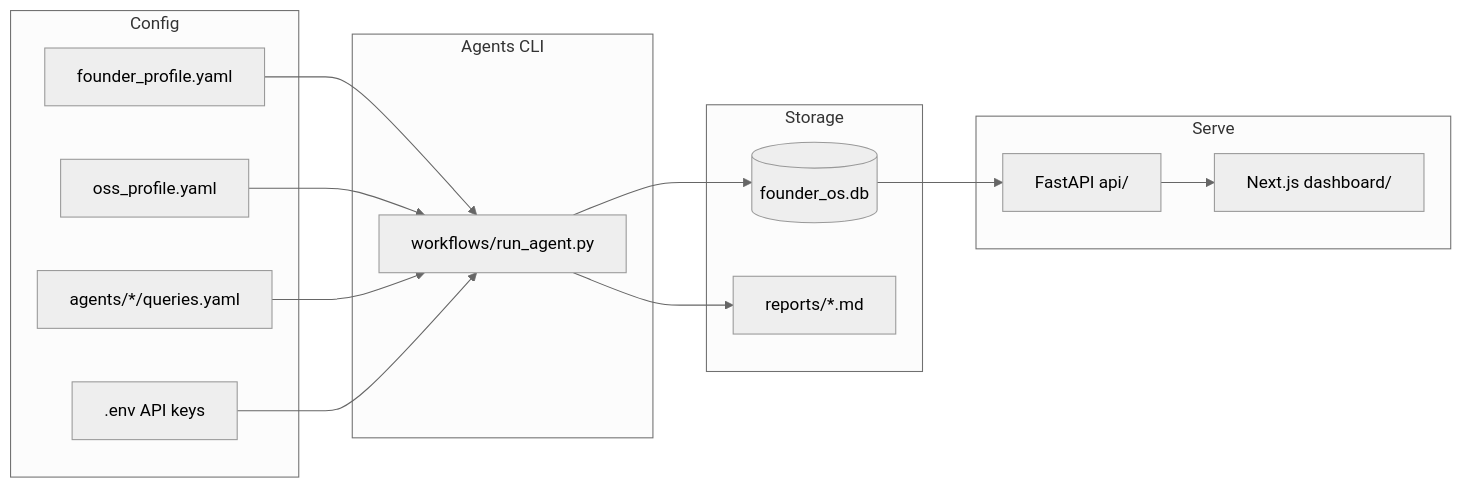
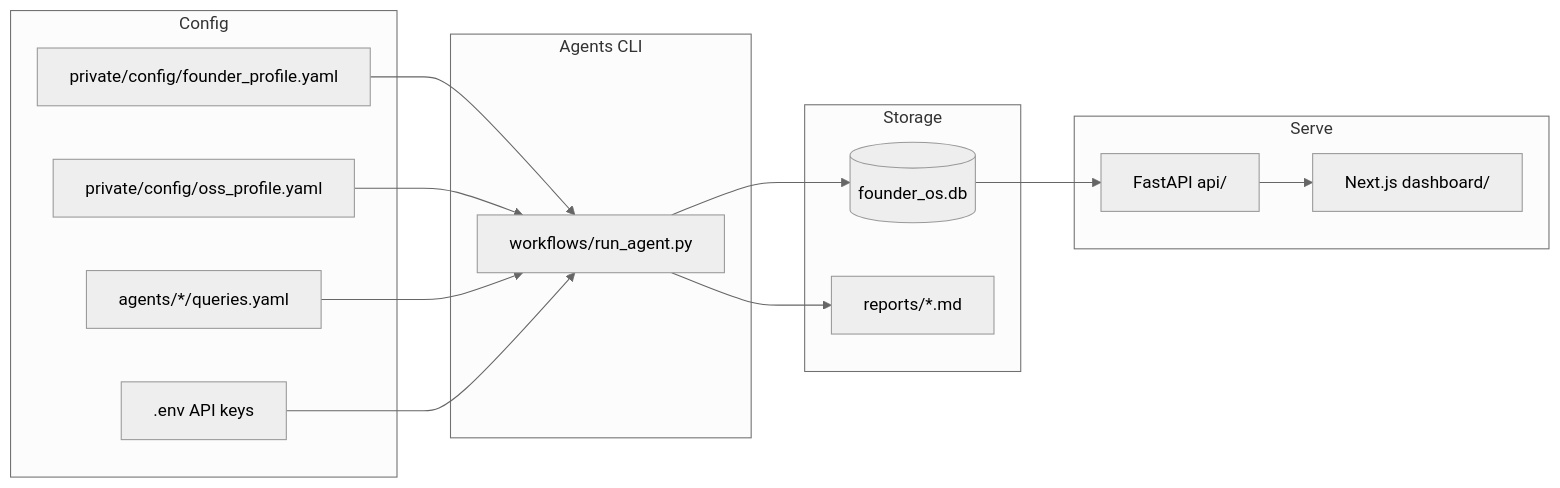
One commit to rebeccachery/founder-os changed the diagram in README.md. Above: the diagram before and after it, drawn with Mermaid (neutral theme). The commit also changed other lines of this file and 23 other files, not shown here.

````diff
--- a/README.md
+++ b/README.md
@@ -7,32 +7,32 @@
 ```mermaid
 flowchart LR
   subgraph config [Config]
-    Profile[founder_profile.yaml]
-    OssProfile[oss_profile.yaml]
+    Profile[private/config/founder_profile.yaml]
+    OssProfile[private/config/oss_profile.yaml]
     Queries[agents/*/queries.yaml]
     Env[.env API keys]
   end
 
   subgraph agents [Agents CLI]
     RunAgent[workflows/run_agent.py]
   end
 
   subgraph storage [Storage]
     SQLite[(founder_os.db)]
     Reports[reports/*.md]
   end
 
   subgraph serve [Serve]
     API[FastAPI api/]
     UI[Next.js dashboard/]
   end
 
   Profile --> RunAgent
   OssProfile --> RunAgent
   Queries --> RunAgent
   Env --> RunAgent
   RunAgent --> SQLite
   RunAgent --> Reports
   SQLite --> API
   API --> UI
 ```
````
